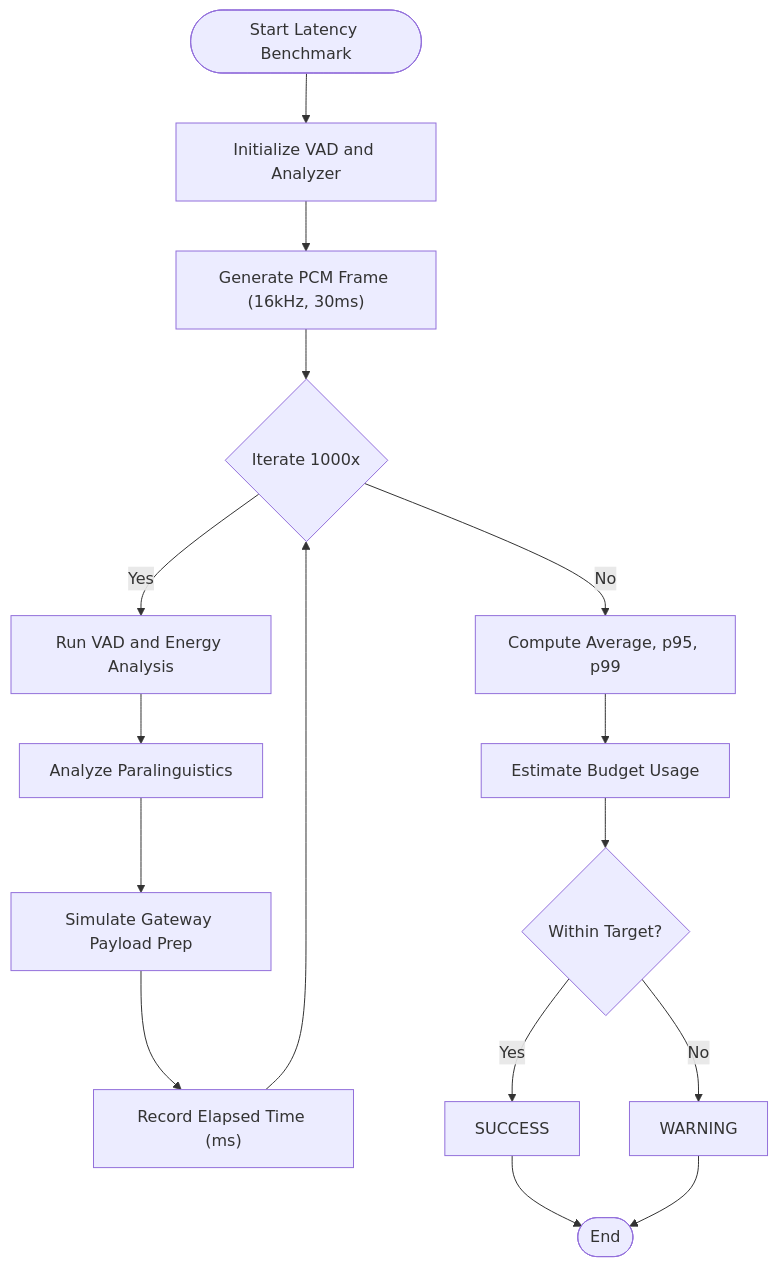
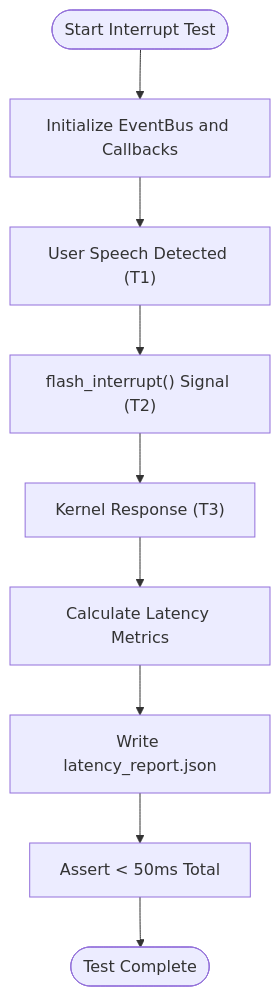
One commit to Moeabdelaziz007/Aether-Voice-OS changed the third of 14 diagrams in .qoder/repowiki/en/content/Testing and Quality Assurance/Testing and Quality Assurance.md. Above: the diagram before and after it, drawn with Mermaid. The commit also changed other lines of this file and 29 other files, not shown here.

````diff
--- a/.qoder/repowiki/en/content/Testing and Quality Assurance/Testing and Quality Assurance.md
+++ b/.qoder/repowiki/en/content/Testing and Quality Assurance/Testing and Quality Assurance.md
@@ -222,18 +260,11 @@
 ```mermaid
 flowchart TD
-Start(["Start Latency Benchmark"]) --> Setup["Initialize VAD and Analyzer"]
-Setup --> FrameGen["Generate PCM Frame (16kHz, 30ms)"]
-FrameGen --> Loop{"Iterate 1000x"}
-Loop --> |Yes| VAD["Run VAD and Energy Analysis"]
-VAD --> Paraling["Analyze Paralinguistics"]
-Paraling --> Prep["Simulate Gateway Payload Prep"]
-Prep --> Record["Record Elapsed Time (ms)"]
-Record --> Loop
-Loop --> |No| Stats["Compute Average, p95, p99"]
-Stats --> Budget["Estimate Budget Usage"]
-Budget --> Result{"Within Target?"}
-Result --> |Yes| Pass["SUCCESS"]
-Result --> |No| Warn["WARNING"]
-Pass --> End(["End"])
-Warn --> End
+Start(["Start Interrupt Test"]) --> Setup["Initialize EventBus and Callbacks"]
+Setup --> T1["User Speech Detected (T1)"]
+T1 --> Flash["flash_interrupt() Signal (T2)"]
+Flash --> Kernel["Kernel Response (T3)"]
+Kernel --> Calc["Calculate Latency Metrics"]
+Calc --> Report["Write latency_report.json"]
+Report --> Assert["Assert < 50ms Total"]
+Assert --> End(["Test Complete"])
 ```
````
